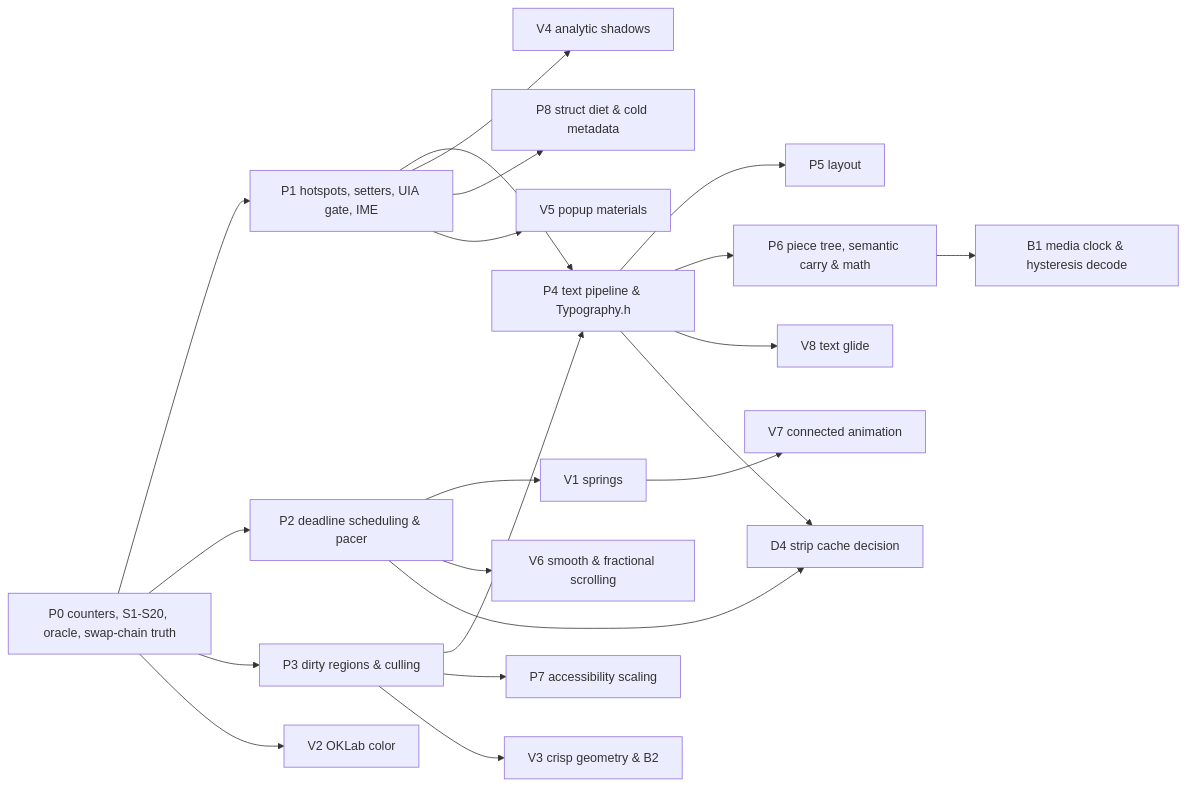
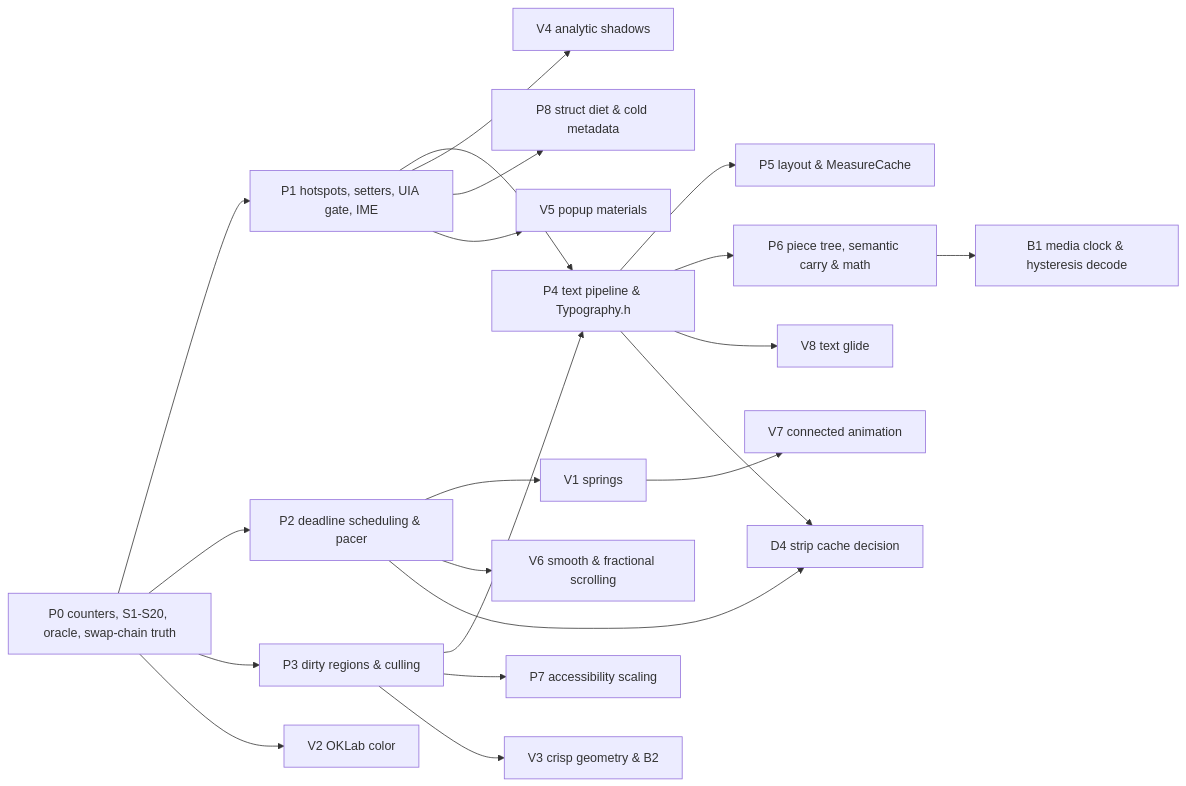
Before and after one commit to RedSalamanders/DxUi: the diagram in Specs/Plans/WIP/RuntimeEfficiency_2026-11-07.md, drawn with Mermaid. The commit also changed other lines of this file and 2 other files, not shown here.

````diff
--- a/Specs/Plans/WIP/RuntimeEfficiency_2026-11-07.md
+++ b/Specs/Plans/WIP/RuntimeEfficiency_2026-11-07.md
@@ -1067,23 +1364,23 @@
 ```mermaid
 flowchart LR
     P0["P0 counters, S1-S20, oracle, swap-chain truth"] --> P1["P1 hotspots, setters, UIA gate, IME"]
     P0 --> P2["P2 deadline scheduling & pacer"]
     P0 --> P3["P3 dirty regions & culling"]
     P1 --> P4["P4 text pipeline & Typography.h"]
     P3 --> P4
     P2 --> V1["V1 springs"]
     P2 --> V6["V6 smooth & fractional scrolling"]
     P1 --> V4["V4 analytic shadows"]
-    P4 --> P5["P5 layout"]
+    P4 --> P5["P5 layout & MeasureCache"]
     P4 --> P6["P6 piece tree, semantic carry & math"]
     P3 --> P7["P7 accessibility scaling"]
     P1 --> P8["P8 struct diet & cold metadata"]
     V1 --> V7["V7 connected animation"]
     P1 --> V5["V5 popup materials"]
     P4 --> V8["V8 text glide"]
     P3 --> V3["V3 crisp geometry & B2"]
     P0 --> V2["V2 OKLab color"]
     P4 --> D4["D4 strip cache decision"]
     P2 --> D4
     P6 --> B1["B1 media clock & hysteresis decode"]
 ```
````
